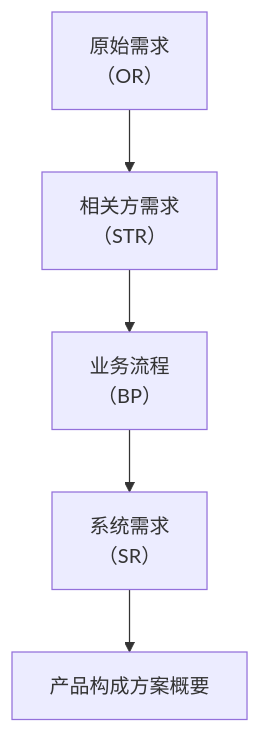
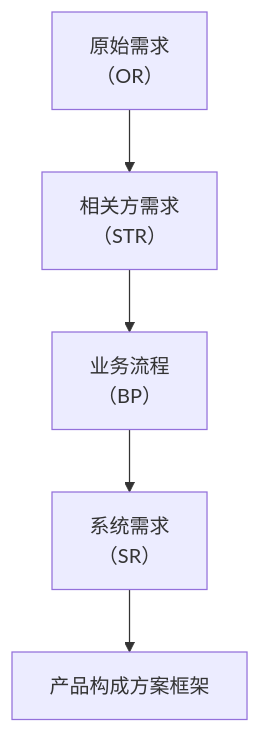
One commit to Yongjunzhou/AOS-system-design changed the third of 5 diagrams in 50-系统工程研究/03-架构师是个怎样的物种/06-第6章-设计开发落地-需求与方案结对.md. Above: the diagram before and after it, drawn with Mermaid. The commit also changed other lines of this file and 60 other files, not shown here.

````diff
--- a/50-系统工程研究/03-架构师是个怎样的物种/06-第6章-设计开发落地-需求与方案结对.md
+++ b/50-系统工程研究/03-架构师是个怎样的物种/06-第6章-设计开发落地-需求与方案结对.md
@@ -833,7 +833,7 @@
 ```mermaid
 flowchart TD
     OR["原始需求<br/>（OR）"] --> STR["相关方需求<br/>（STR）"]
     STR --> BP["业务流程<br/>（BP）"]
     BP --> SR["系统需求<br/>（SR）"]
-    SR --> PA["产品构成方案概要"]
+    SR --> PA["产品构成方案框架"]
 ```
````
